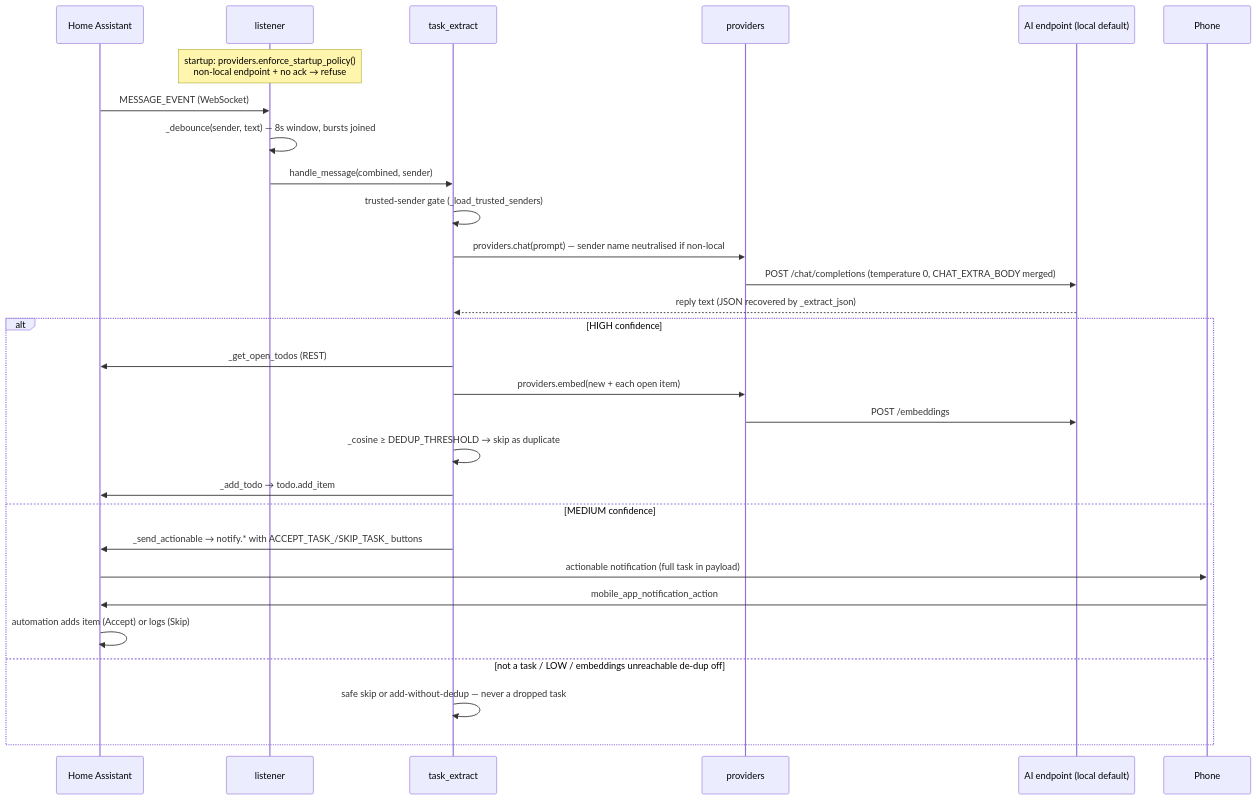
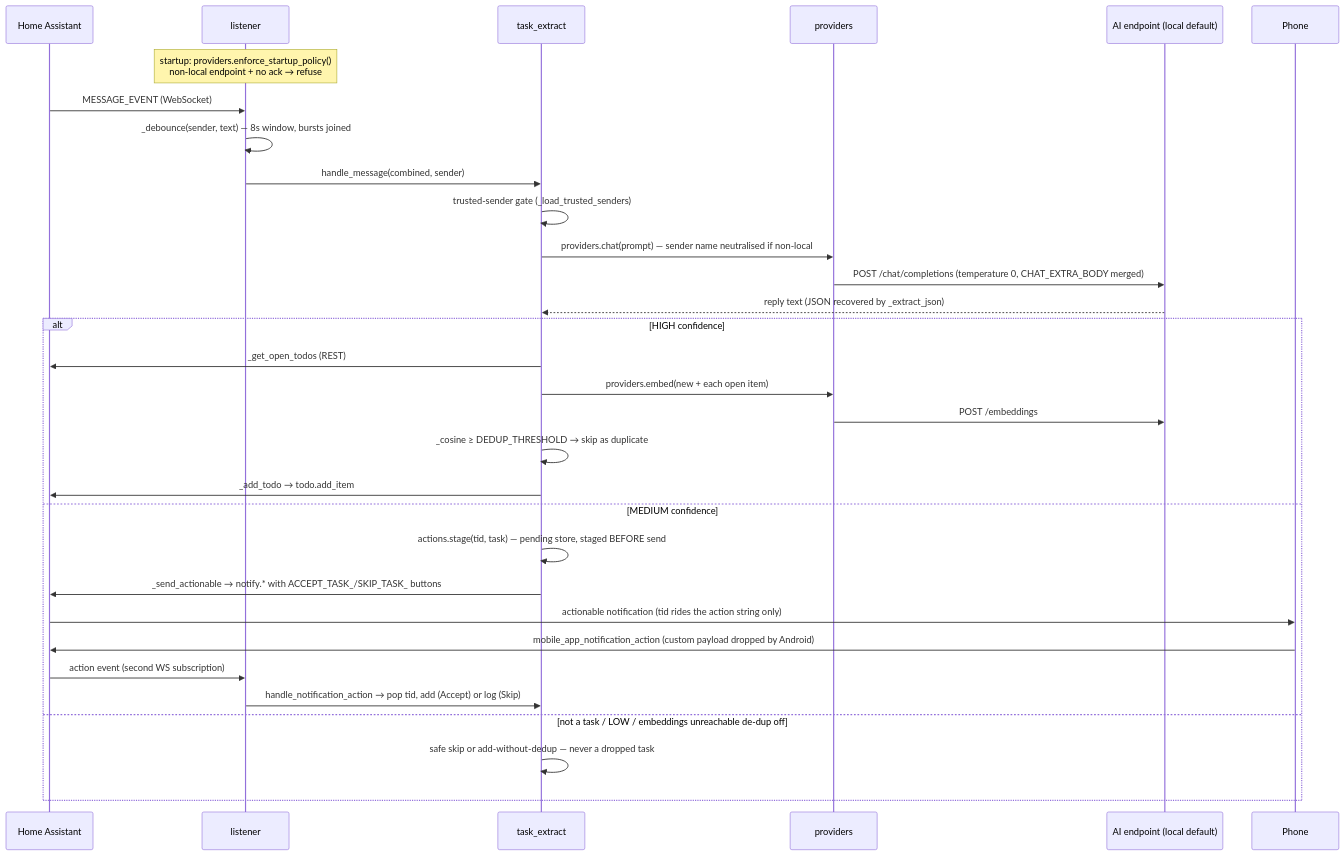
One commit to danaghili/whatsapp-task-pipeline changed the first of 2 diagrams in docs/architecture/06-runtime.md. Above: the diagram before and after it, drawn with Mermaid. The commit also changed 11 other files, not shown here.

First line of the commit message:
Record sync for the tool-side Accept/Skip fix (D-0018)

````diff
--- a/docs/architecture/06-runtime.md
+++ b/docs/architecture/06-runtime.md
@@ -8,32 +8,34 @@
 ```mermaid
 sequenceDiagram
     participant HA as Home Assistant
     participant L as listener
     participant TE as task_extract
     participant P as providers
     participant AI as AI endpoint (local default)
     participant Ph as Phone
 
     Note over L: startup: providers.enforce_startup_policy()<br/>non-local endpoint + no ack → refuse
     HA->>L: MESSAGE_EVENT (WebSocket)
     L->>L: _debounce(sender, text) — 8s window, bursts joined
     L->>TE: handle_message(combined, sender)
     TE->>TE: trusted-sender gate (_load_trusted_senders)
     TE->>P: providers.chat(prompt) — sender name neutralised if non-local
     P->>AI: POST /chat/completions (temperature 0, CHAT_EXTRA_BODY merged)
     AI-->>TE: reply text (JSON recovered by _extract_json)
     alt HIGH confidence
         TE->>HA: _get_open_todos (REST)
         TE->>P: providers.embed(new + each open item)
         P->>AI: POST /embeddings
         TE->>TE: _cosine ≥ DEDUP_THRESHOLD → skip as duplicate
         TE->>HA: _add_todo → todo.add_item
     else MEDIUM confidence
+        TE->>TE: actions.stage(tid, task) — pending store, staged BEFORE send
         TE->>HA: _send_actionable → notify.* with ACCEPT_TASK_/SKIP_TASK_ buttons
-        HA->>Ph: actionable notification (full task in payload)
-        Ph->>HA: mobile_app_notification_action
-        HA->>HA: automation adds item (Accept) or logs (Skip)
+        HA->>Ph: actionable notification (tid rides the action string only)
+        Ph->>HA: mobile_app_notification_action (custom payload dropped by Android)
+        HA->>L: action event (second WS subscription)
+        L->>TE: handle_notification_action → pop tid, add (Accept) or log (Skip)
     else not a task / LOW / embeddings unreachable de-dup off
         TE->>TE: safe skip or add-without-dedup — never a dropped task
     end
 ```
````
